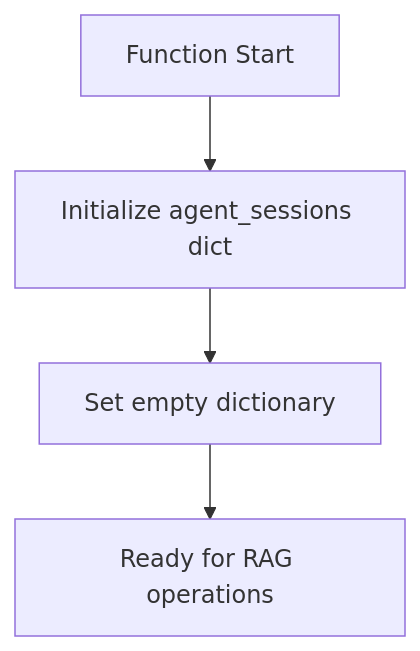
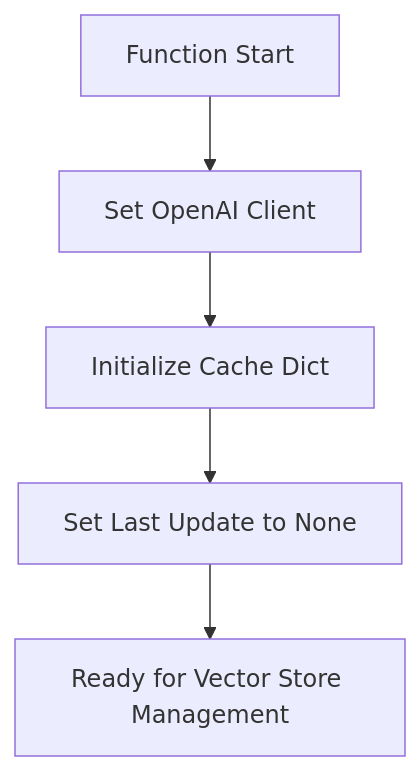
The fifth of 15 diagrams in doc/a30_30_rag_search.md (nakashima2toshio/openai_rag_app), drawn with Mermaid before and after one commit. The commit also changed other lines of this file, not shown here.

````diff
--- a/doc/a30_30_rag_search.md
+++ b/doc/a30_30_rag_search.md
@@ -206,6 +254,7 @@
 ```mermaid
 graph TD
-    A["Function Start"] --> B["Initialize agent_sessions dict"]
-    B --> C["Set empty dictionary"]
-    C --> D["Ready for RAG operations"]
+    A["Function Start"] --> B["Set OpenAI Client"]
+    B --> C["Initialize Cache Dict"]
+    C --> D["Set Last Update to None"]
+    D --> E["Ready for Vector Store Management"]
 ```
````
